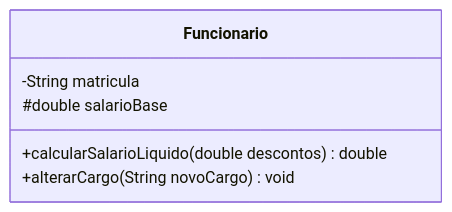
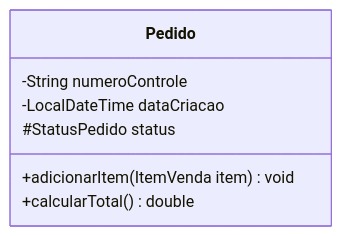
Diagram 17 of 32 in 4º Semestre/[Prof. Wesley Soares] Engenharia de Software II/Resumos-IA/Simulados-Comentados.md (murilolol/unifef), drawn with Mermaid before and after one commit. The commit also changed other lines of this file and 18 other files, not shown here.

````diff
--- a/4º Semestre/[Prof. Wesley Soares] Engenharia de Software II/Resumos-IA/Simulados-Comentados.md
+++ b/4º Semestre/[Prof. Wesley Soares] Engenharia de Software II/Resumos-IA/Simulados-Comentados.md
@@ -673,9 +796,10 @@
 ```mermaid
 classDiagram
-    class Funcionario {
-        -String matricula
-        #double salarioBase
-        +calcularSalarioLiquido(double descontos) double
-        +alterarCargo(String novoCargo) void
-    }
+ class Pedido {
+ -String numeroControle
+ -LocalDateTime dataCriacao
+ #StatusPedido status
+ +adicionarItem(ItemVenda item) void
+ +calcularTotal() double
+ }
 ```
````
